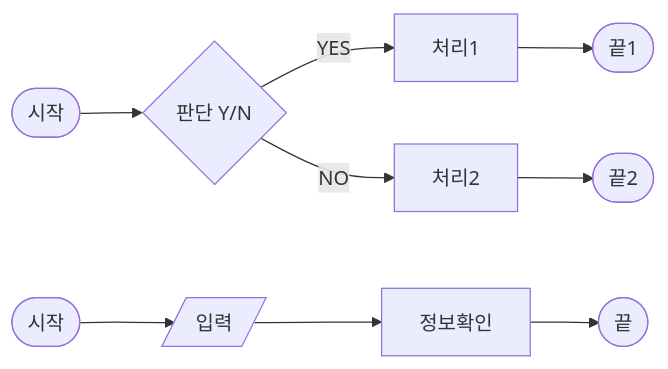
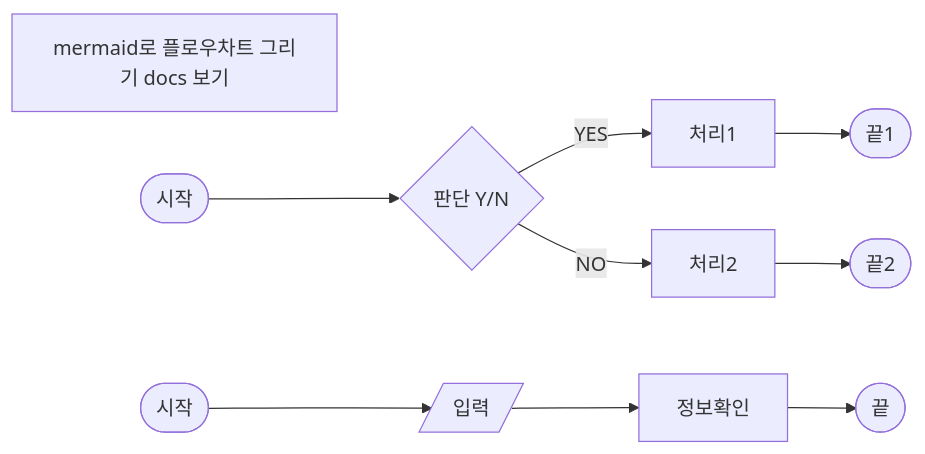
Before and after one commit to YoungriKIM/STUDY: the diagram in Study_myown/flowchart.mmd, drawn with Mermaid.

```diff
--- a/Study_myown/flowchart.mmd
+++ b/Study_myown/flowchart.mmd
@@ -1,10 +1,13 @@
 graph LR
+memo[mermaid로 플로우차트 그리기 docs 보기]
+click memo "https://mermaid.js.org/syntax/flowchart.html"
+
 A([시작]);B_1([끝1]);B_2([끝2]);C{판단 Y/N};D[처리1];E[처리2]
 A-->C
 C--YES-->D
 C--NO-->E
 D-->B_1
 E-->B_2
 
 node1([시작]);node2([끝]);node3[/입력/];node4[정보확인]
 node1-->node3;node3-->node4;node4-->node2
```
